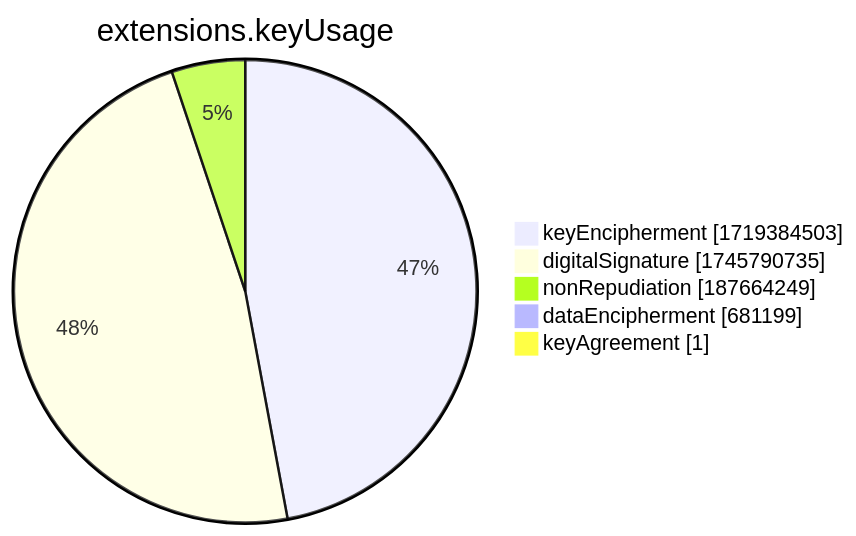
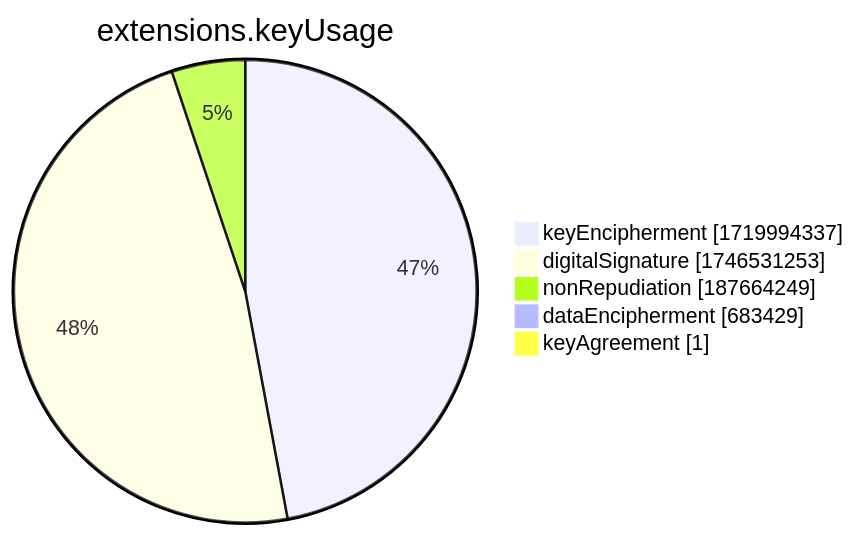
The seventh of 15 diagrams in xenon2022/README.md (christiankrug/ctmonitor_visualization), drawn with Mermaid before and after one commit. The commit also changed other lines of this file, not shown here.

````diff
--- a/xenon2022/README.md
+++ b/xenon2022/README.md
@@ -2858,9 +2858,9 @@
 ```mermaid
 pie showData
 title extensions.keyUsage
-"keyEncipherment" :1719384503
-"digitalSignature" :1745790735
+"keyEncipherment" :1719994337
+"digitalSignature" :1746531253
 "nonRepudiation" :187664249
-"dataEncipherment" :681199
+"dataEncipherment" :683429
 "keyAgreement" :1
 ```
````
